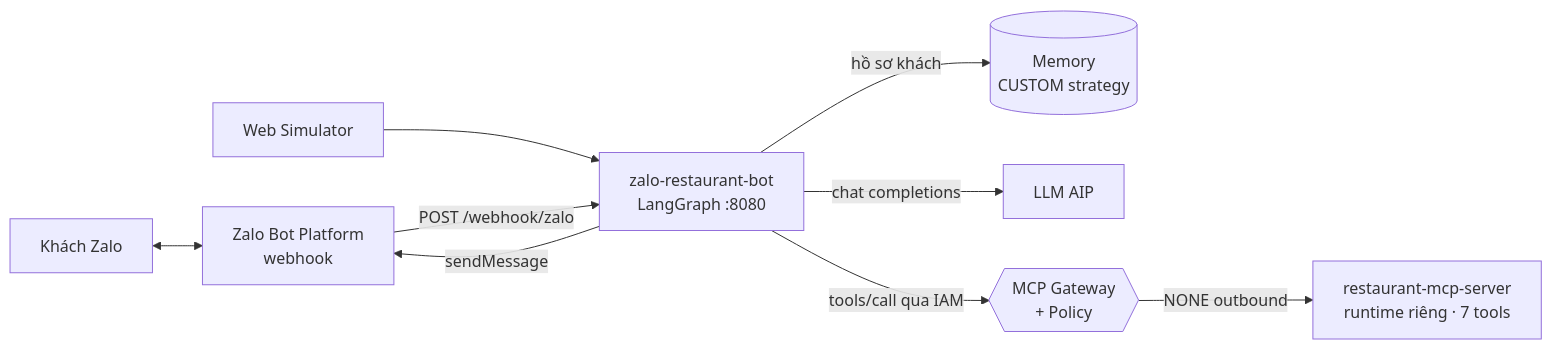
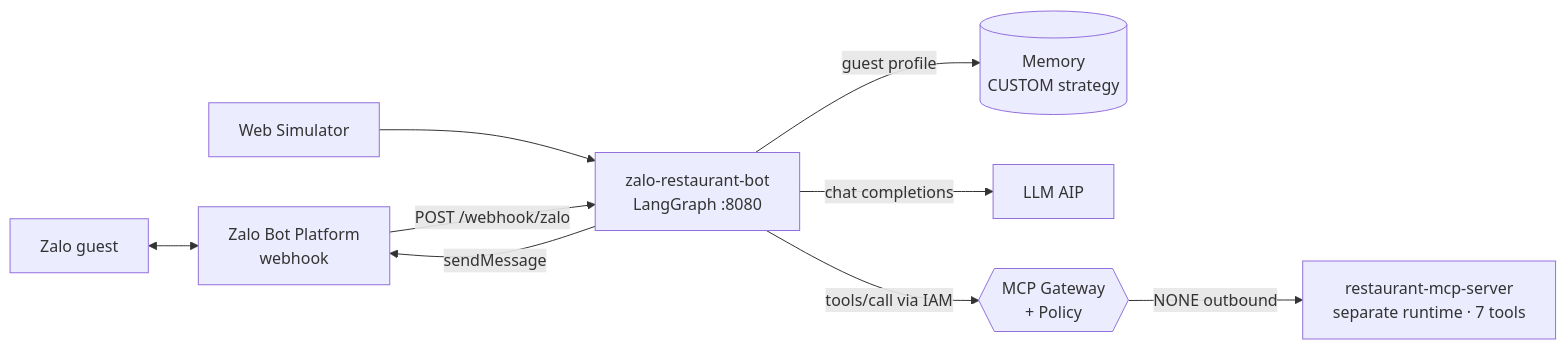
One commit to GreenNode-Sample-AgentBase/greennode-agentbase-zalo-restaurant changed the diagram in README.md. Above: the diagram before and after it, drawn with Mermaid. The commit also changed other lines of this file, not shown here.

Commit message:
docs: rewrite README in English (Zalo Bot Platform guide, MCP runtime, env reference)

````diff
--- a/README.md
+++ b/README.md
@@ -21,11 +21,11 @@
 ```mermaid
 flowchart LR
-    ZU[Khách Zalo] <--> ZB[Zalo Bot Platform<br/>webhook]
+    ZU[Zalo guest] <--> ZB[Zalo Bot Platform<br/>webhook]
     SIM[Web Simulator] --> R[zalo-restaurant-bot<br/>LangGraph :8080]
     ZB -->|POST /webhook/zalo| R
     R -->|sendMessage| ZB
-    R -->|hồ sơ khách| M[(Memory<br/>CUSTOM strategy)]
+    R -->|guest profile| M[(Memory<br/>CUSTOM strategy)]
     R -->|chat completions| L[LLM AIP]
-    R -->|tools/call qua IAM| G{{MCP Gateway<br/>+ Policy}}
-    G -->|NONE outbound| MCP[restaurant-mcp-server<br/>runtime riêng · 7 tools]
+    R -->|tools/call via IAM| G{{MCP Gateway<br/>+ Policy}}
+    G -->|NONE outbound| MCP[restaurant-mcp-server<br/>separate runtime · 7 tools]
 ```
````
